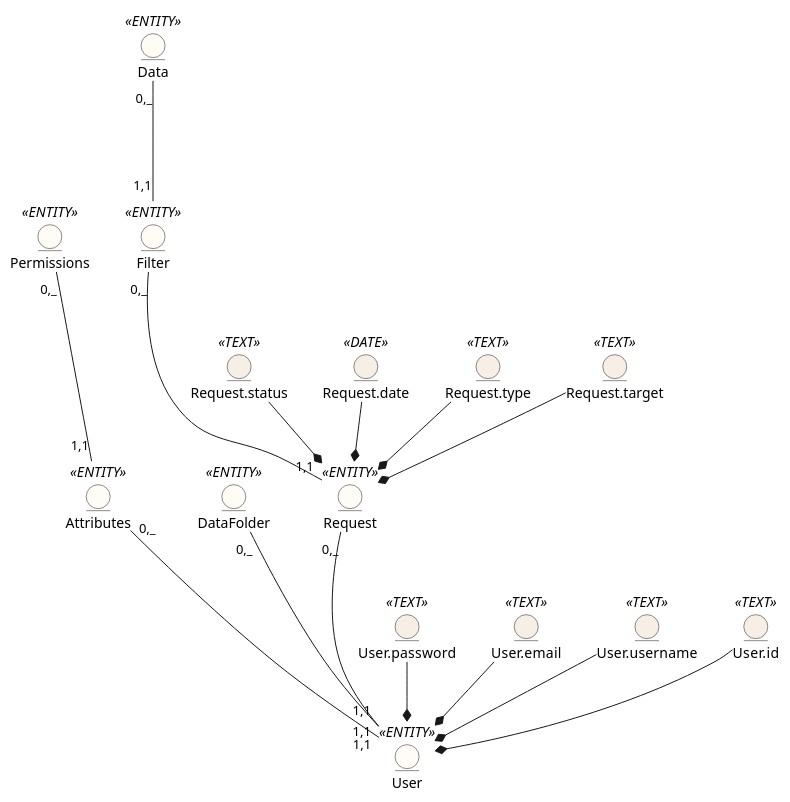
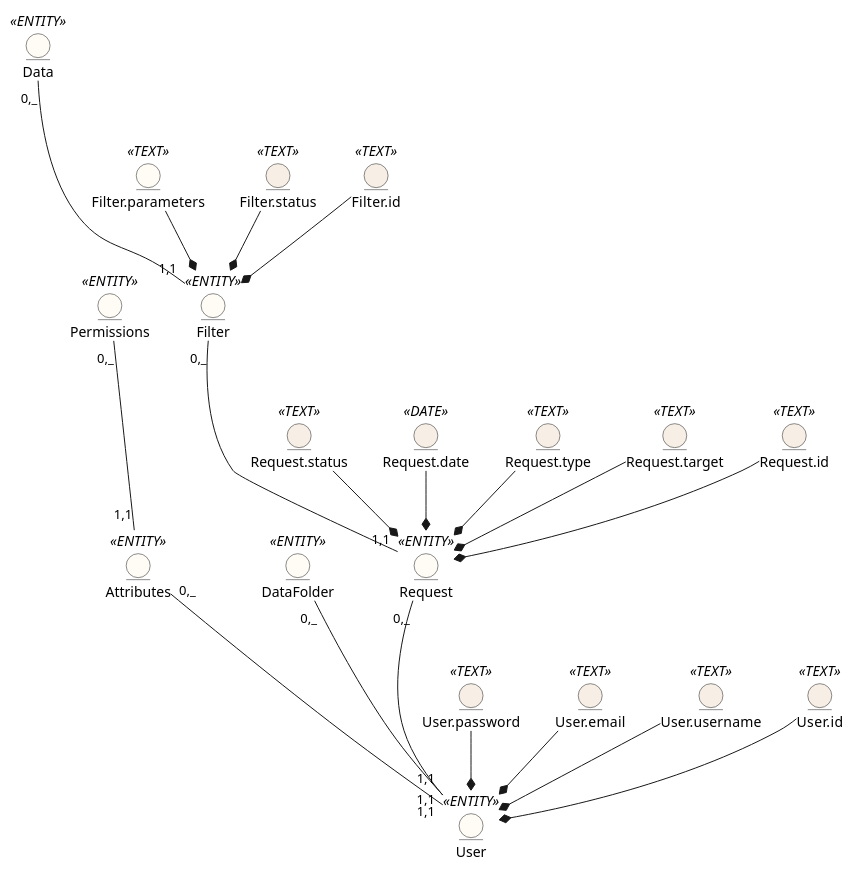
One commit to edu-db/edu_db_labs changed the diagram in docs/design/README.md. Above: the diagram before and after it, drawn with PlantUML.

Commit message:
feat: add attributes to FIlter

```diff
--- a/docs/design/README.md
+++ b/docs/design/README.md
@@ -9,46 +9,58 @@
 @startuml
 
 
 entity User <<ENTITY>> #FFFBF5
 entity User.password <<TEXT>> #F7EFE5
 entity User.email<<TEXT>> #F7EFE5
 entity User.username<<TEXT>> #F7EFE5
 entity User.id<<TEXT>> #F7EFE5
 
 
 entity Attributes <<ENTITY>> #FFFBF5
 entity DataFolder <<ENTITY>> #FFFBF5
 entity Permissions <<ENTITY>> #FFFBF5
+
+
 entity Filter <<ENTITY>> #FFFBF5
+entity Filter.parameters <<TEXT>> #FFFBF5
+entity Filter.status <<TEXT>> #F7EFE5
+entity Filter.id <<TEXT>> #F7EFE5
 
 entity Request <<ENTITY>> #FFFBF5
 entity Request.status <<TEXT>> #F7EFE5
 entity Request.date <<DATE>> #F7EFE5
 entity Request.type<<TEXT>> #F7EFE5
 entity Request.target<<TEXT>> #F7EFE5
+entity Request.id<<TEXT>> #F7EFE5
 
 entity Data <<ENTITY>> #FFFBF5
 
 User "1,1" --u- "0,_" Attributes
 User "1,1" --u- "0,_" Request
 User "1,1" --u- "0,_" DataFolder
 Request "1,1" --u- "0,_" Filter
 Filter "1,1" --u- "0,_" Data
 Attributes "1,1" --u- "0,_" Permissions
 
 User.password -d-* User
 User.email -d-* User
 User.username -d-* User
 User.id -d-* User
 
 
 Request.status -d-* Request
 Request.type -d-* Request
 Request.target -d-* Request
 Request.date -d-* Request
+Request.id -d-* Request
+
+Filter.parameters -d-* Filter
+Filter.status -d-* Filter
+Filter.id -d-* Filter
+
 
 
 
 
 
 @enduml
```
